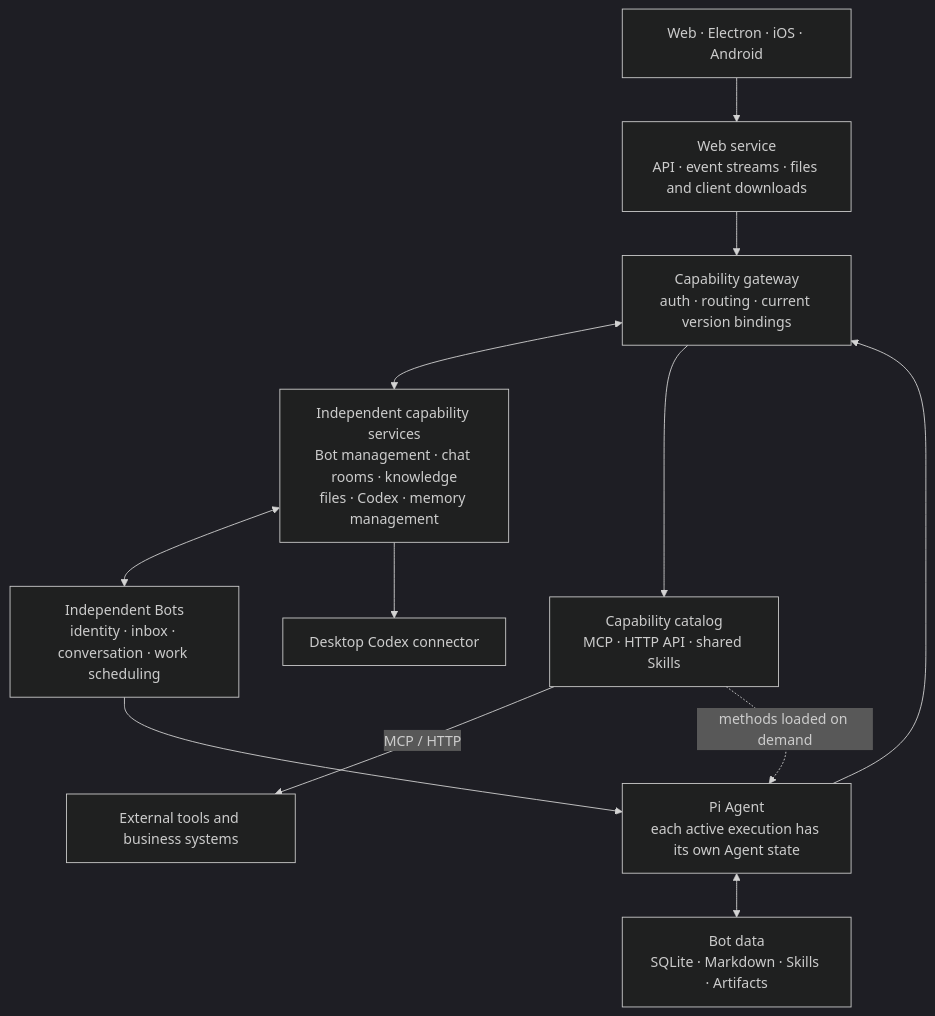
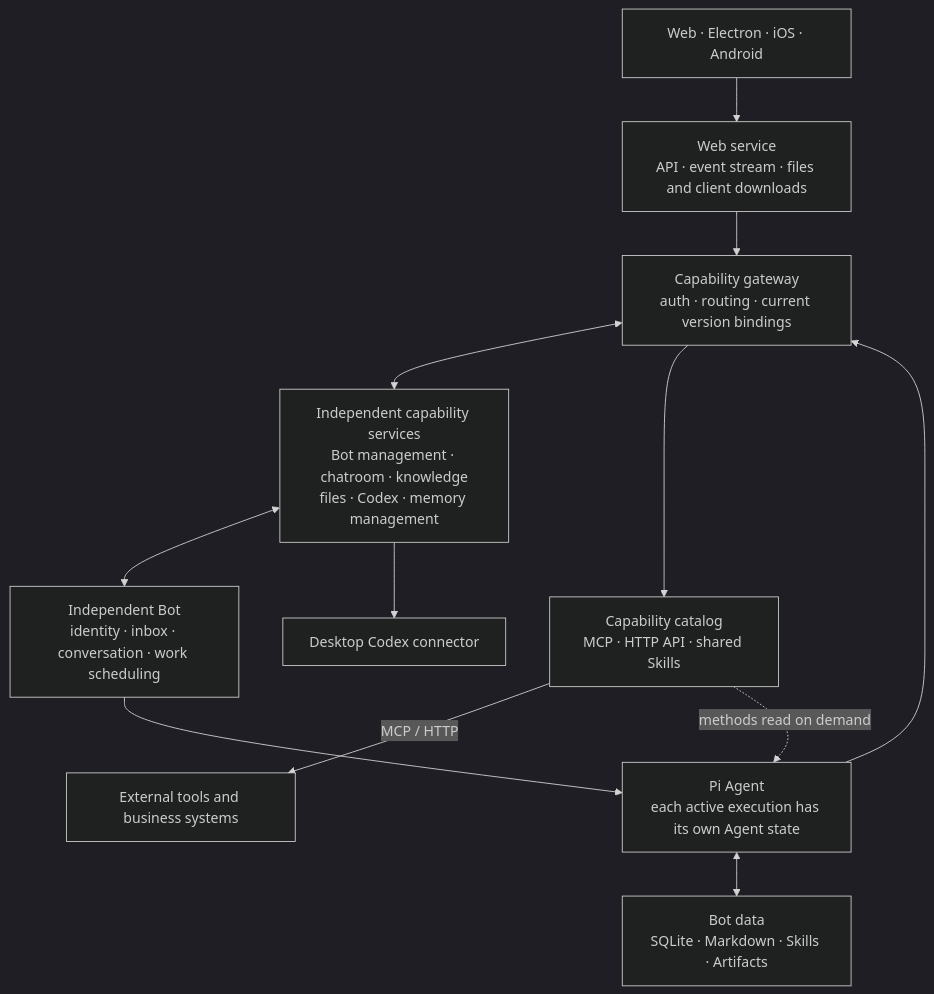
Before and after one commit to buyun00/Summon-Bot: the diagram in README.md, drawn with Mermaid (dark theme). The commit also changed other lines of this file and 1 other file, not shown here.

````diff
--- a/README.md
+++ b/README.md
@@ -96,14 +96,14 @@
 ```mermaid
 flowchart TB
-  Clients["Web · Electron · iOS · Android"] --> Web["Web service<br/>API · event streams · files and client downloads"]
+  Clients["Web · Electron · iOS · Android"] --> Web["Web service<br/>API · event stream · files and client downloads"]
   Web --> Gateway["Capability gateway<br/>auth · routing · current version bindings"]
-  Gateway <--> Services["Independent capability services<br/>Bot management · chat rooms · knowledge<br/>files · Codex · memory management"]
-  Services <--> Bot["Independent Bots<br/>identity · inbox · conversation · work scheduling"]
+  Gateway <--> Services["Independent capability services<br/>Bot management · chatroom · knowledge<br/>files · Codex · memory management"]
+  Services <--> Bot["Independent Bot<br/>identity · inbox · conversation · work scheduling"]
   Bot --> Agent["Pi Agent<br/>each active execution has its own Agent state"]
   Agent --> Gateway
   Agent <--> Data["Bot data<br/>SQLite · Markdown · Skills · Artifacts"]
   Gateway --> Catalog["Capability catalog<br/>MCP · HTTP API · shared Skills"]
   Catalog -->|MCP / HTTP| External["External tools and business systems"]
-  Catalog -. methods loaded on demand .-> Agent
+  Catalog -. methods read on demand .-> Agent
   Services --> Codex["Desktop Codex connector"]
 ```
````
